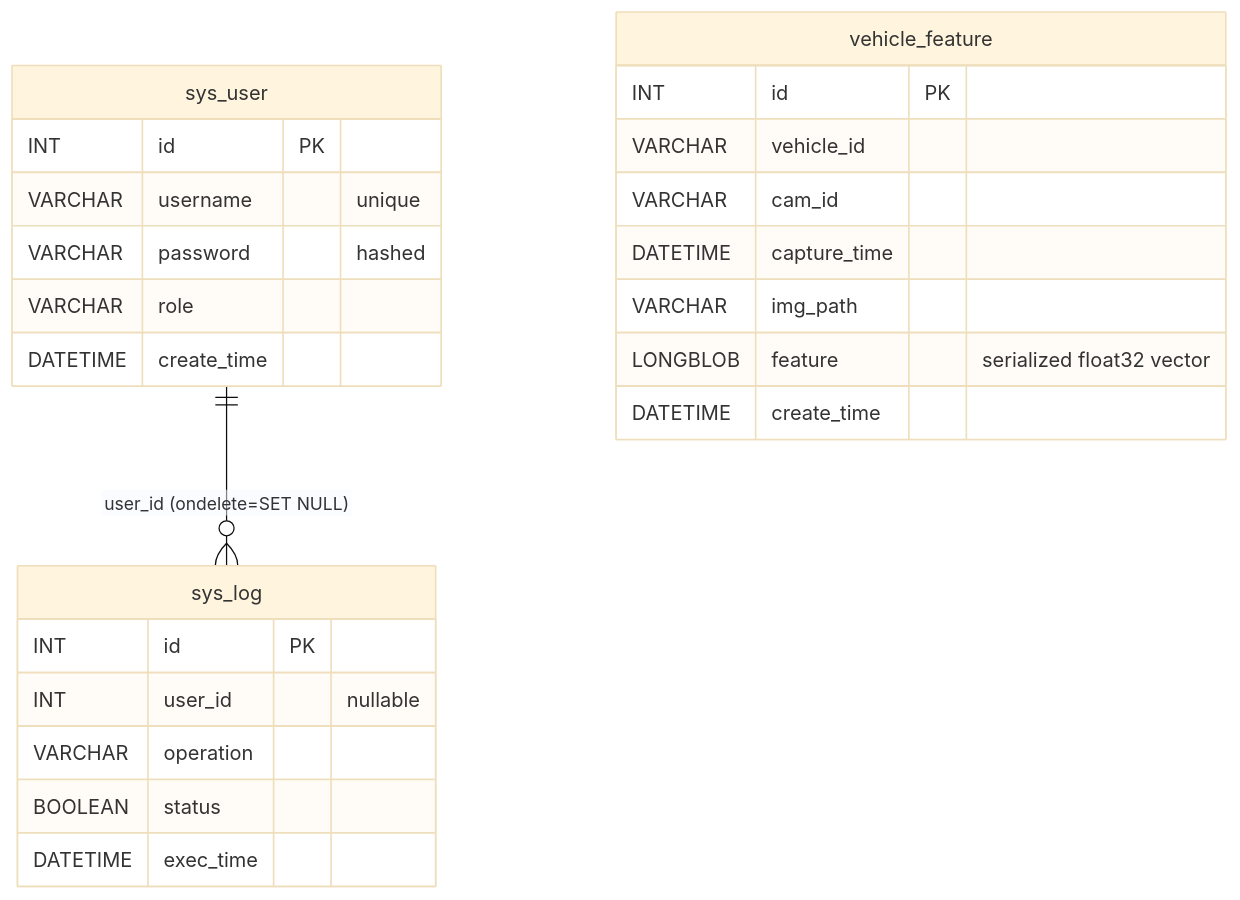
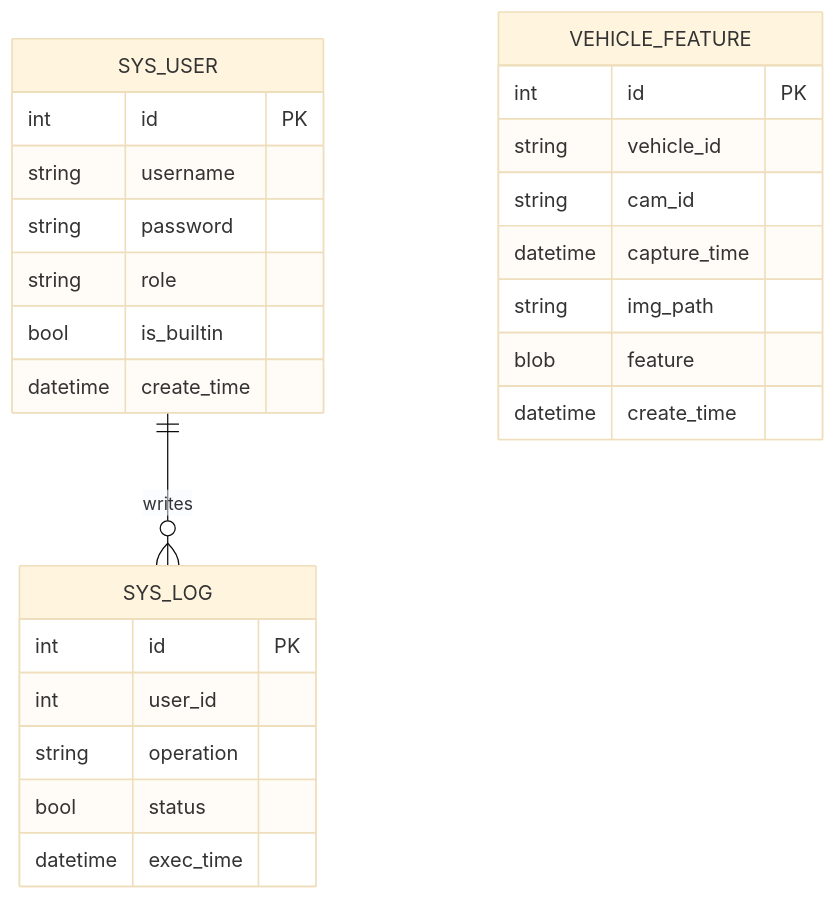
One commit to Rand0MGG/vehicle-reid-system changed the third of 5 diagrams in readme.md. Above: the diagram before and after it, drawn with Mermaid (base theme). The commit also changed other lines of this file and 9 other files, not shown here.

````diff
--- a/readme.md
+++ b/readme.md
@@ -677,30 +229,28 @@
 ```mermaid
 erDiagram
-  sys_user {
-    INT id PK
-    VARCHAR username "unique"
-    VARCHAR password "hashed"
-    VARCHAR role
-    DATETIME create_time
+  SYS_USER ||--o{ SYS_LOG : writes
+  SYS_USER {
+    int id PK
+    string username
+    string password
+    string role
+    bool is_builtin
+    datetime create_time
   }
-
-  vehicle_feature {
-    INT id PK
-    VARCHAR vehicle_id
-    VARCHAR cam_id
-    DATETIME capture_time
-    VARCHAR img_path
-    LONGBLOB feature "serialized float32 vector"
-    DATETIME create_time
+  SYS_LOG {
+    int id PK
+    int user_id
+    string operation
+    bool status
+    datetime exec_time
   }
-
-  sys_log {
-    INT id PK
-    INT user_id "nullable"
-    VARCHAR operation
-    BOOLEAN status
-    DATETIME exec_time
+  VEHICLE_FEATURE {
+    int id PK
+    string vehicle_id
+    string cam_id
+    datetime capture_time
+    string img_path
+    blob feature
+    datetime create_time
   }
-
-  sys_user ||--o{ sys_log : "user_id (ondelete=SET NULL)"
 ```
````
